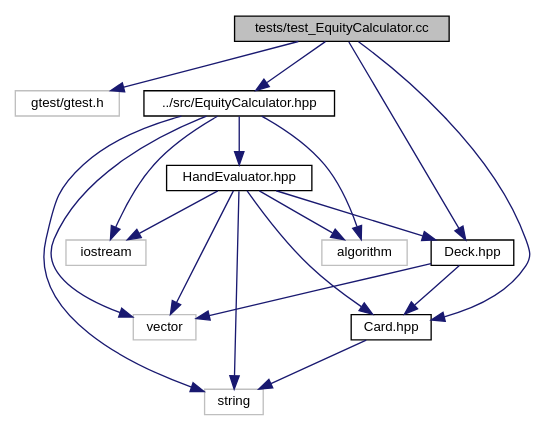
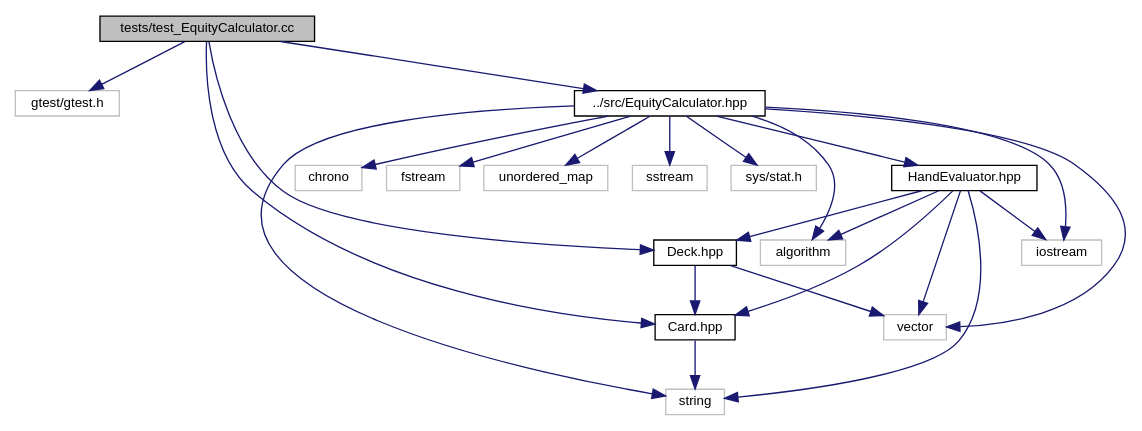
The diagram in test___equity_calculator_8cc__incl.dot (jesstyrrell/cosc345), drawn with Graphviz before and after one commit. The commit also changed 221 other files, not shown here.

```diff
--- a/test___equity_calculator_8cc__incl.dot
+++ b/test___equity_calculator_8cc__incl.dot
@@ -1,35 +1,45 @@
 digraph "tests/test_EquityCalculator.cc"
 {
  // INTERACTIVE_SVG=YES
  // LATEX_PDF_SIZE
   edge [fontname="Helvetica",fontsize="10",labelfontname="Helvetica",labelfontsize="10"];
   node [fontname="Helvetica",fontsize="10",shape=record];
   Node1 [label="tests/test_EquityCalculator.cc",height=0.2,width=0.4,color="black", fillcolor="grey75", style="filled", fontcolor="black",tooltip=" "];
   Node1 -> Node2 [color="midnightblue",fontsize="10",style="solid",fontname="Helvetica"];
   Node2 [label="gtest/gtest.h",height=0.2,width=0.4,color="grey75", fillcolor="white", style="filled",tooltip=" "];
   Node1 -> Node3 [color="midnightblue",fontsize="10",style="solid",fontname="Helvetica"];
   Node3 [label="../src/EquityCalculator.hpp",height=0.2,width=0.4,color="black", fillcolor="white", style="filled",URL="$_equity_calculator_8hpp.html",tooltip=" "];
   Node3 -> Node4 [color="midnightblue",fontsize="10",style="solid",fontname="Helvetica"];
   Node4 [label="iostream",height=0.2,width=0.4,color="grey75", fillcolor="white", style="filled",tooltip=" "];
   Node3 -> Node5 [color="midnightblue",fontsize="10",style="solid",fontname="Helvetica"];
   Node5 [label="vector",height=0.2,width=0.4,color="grey75", fillcolor="white", style="filled",tooltip=" "];
   Node3 -> Node6 [color="midnightblue",fontsize="10",style="solid",fontname="Helvetica"];
   Node6 [label="string",height=0.2,width=0.4,color="grey75", fillcolor="white", style="filled",tooltip=" "];
   Node3 -> Node7 [color="midnightblue",fontsize="10",style="solid",fontname="Helvetica"];
   Node7 [label="algorithm",height=0.2,width=0.4,color="grey75", fillcolor="white", style="filled",tooltip=" "];
   Node3 -> Node8 [color="midnightblue",fontsize="10",style="solid",fontname="Helvetica"];
-  Node8 [label="HandEvaluator.hpp",height=0.2,width=0.4,color="black", fillcolor="white", style="filled",URL="$_hand_evaluator_8hpp.html",tooltip=" "];
-  Node8 -> Node4 [color="midnightblue",fontsize="10",style="solid",fontname="Helvetica"];
-  Node8 -> Node5 [color="midnightblue",fontsize="10",style="solid",fontname="Helvetica"];
-  Node8 -> Node6 [color="midnightblue",fontsize="10",style="solid",fontname="Helvetica"];
-  Node8 -> Node7 [color="midnightblue",fontsize="10",style="solid",fontname="Helvetica"];
-  Node8 -> Node9 [color="midnightblue",fontsize="10",style="solid",fontname="Helvetica"];
-  Node9 [label="Card.hpp",height=0.2,width=0.4,color="black", fillcolor="white", style="filled",URL="$_card_8hpp.html",tooltip=" "];
-  Node9 -> Node6 [color="midnightblue",fontsize="10",style="solid",fontname="Helvetica"];
-  Node8 -> Node10 [color="midnightblue",fontsize="10",style="solid",fontname="Helvetica"];
-  Node10 [label="Deck.hpp",height=0.2,width=0.4,color="black", fillcolor="white", style="filled",URL="$_deck_8hpp.html",tooltip=" "];
-  Node10 -> Node5 [color="midnightblue",fontsize="10",style="solid",fontname="Helvetica"];
-  Node10 -> Node9 [color="midnightblue",fontsize="10",style="solid",fontname="Helvetica"];
-  Node1 -> Node9 [color="midnightblue",fontsize="10",style="solid",fontname="Helvetica"];
-  Node1 -> Node10 [color="midnightblue",fontsize="10",style="solid",fontname="Helvetica"];
+  Node8 [label="chrono",height=0.2,width=0.4,color="grey75", fillcolor="white", style="filled",tooltip=" "];
+  Node3 -> Node9 [color="midnightblue",fontsize="10",style="solid",fontname="Helvetica"];
+  Node9 [label="fstream",height=0.2,width=0.4,color="grey75", fillcolor="white", style="filled",tooltip=" "];
+  Node3 -> Node10 [color="midnightblue",fontsize="10",style="solid",fontname="Helvetica"];
+  Node10 [label="unordered_map",height=0.2,width=0.4,color="grey75", fillcolor="white", style="filled",tooltip=" "];
+  Node3 -> Node11 [color="midnightblue",fontsize="10",style="solid",fontname="Helvetica"];
+  Node11 [label="sstream",height=0.2,width=0.4,color="grey75", fillcolor="white", style="filled",tooltip=" "];
+  Node3 -> Node12 [color="midnightblue",fontsize="10",style="solid",fontname="Helvetica"];
+  Node12 [label="sys/stat.h",height=0.2,width=0.4,color="grey75", fillcolor="white", style="filled",tooltip=" "];
+  Node3 -> Node13 [color="midnightblue",fontsize="10",style="solid",fontname="Helvetica"];
+  Node13 [label="HandEvaluator.hpp",height=0.2,width=0.4,color="black", fillcolor="white", style="filled",URL="$_hand_evaluator_8hpp.html",tooltip=" "];
+  Node13 -> Node4 [color="midnightblue",fontsize="10",style="solid",fontname="Helvetica"];
+  Node13 -> Node5 [color="midnightblue",fontsize="10",style="solid",fontname="Helvetica"];
+  Node13 -> Node6 [color="midnightblue",fontsize="10",style="solid",fontname="Helvetica"];
+  Node13 -> Node7 [color="midnightblue",fontsize="10",style="solid",fontname="Helvetica"];
+  Node13 -> Node14 [color="midnightblue",fontsize="10",style="solid",fontname="Helvetica"];
+  Node14 [label="Card.hpp",height=0.2,width=0.4,color="black", fillcolor="white", style="filled",URL="$_card_8hpp.html",tooltip=" "];
+  Node14 -> Node6 [color="midnightblue",fontsize="10",style="solid",fontname="Helvetica"];
+  Node13 -> Node15 [color="midnightblue",fontsize="10",style="solid",fontname="Helvetica"];
+  Node15 [label="Deck.hpp",height=0.2,width=0.4,color="black", fillcolor="white", style="filled",URL="$_deck_8hpp.html",tooltip=" "];
+  Node15 -> Node5 [color="midnightblue",fontsize="10",style="solid",fontname="Helvetica"];
+  Node15 -> Node14 [color="midnightblue",fontsize="10",style="solid",fontname="Helvetica"];
+  Node1 -> Node14 [color="midnightblue",fontsize="10",style="solid",fontname="Helvetica"];
+  Node1 -> Node15 [color="midnightblue",fontsize="10",style="solid",fontname="Helvetica"];
 }
```
